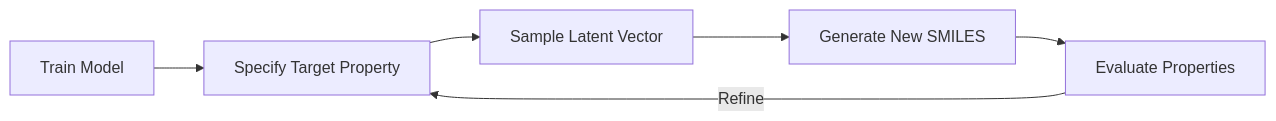
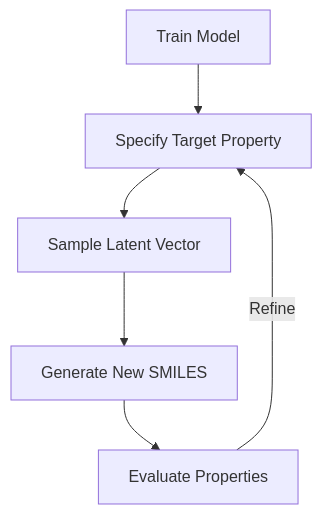
The second of 3 diagrams in ai-drug-discovery-book/chapters/chapter10-conditional-generation.qmd (justin-mbca/drug-discovery-ai), drawn with Mermaid before and after one commit. The commit also changed other lines of this file, not shown here.

````diff
--- a/ai-drug-discovery-book/chapters/chapter10-conditional-generation.qmd
+++ b/ai-drug-discovery-book/chapters/chapter10-conditional-generation.qmd
@@ -77,8 +72,8 @@
 ```{mermaid}
-graph LR
+graph TD;
     A[Train Model] --> B[Specify Target Property]
     B --> C[Sample Latent Vector]
     C --> D[Generate New SMILES]
     D --> E[Evaluate Properties]
     E -->|Refine| B
 ```
````
